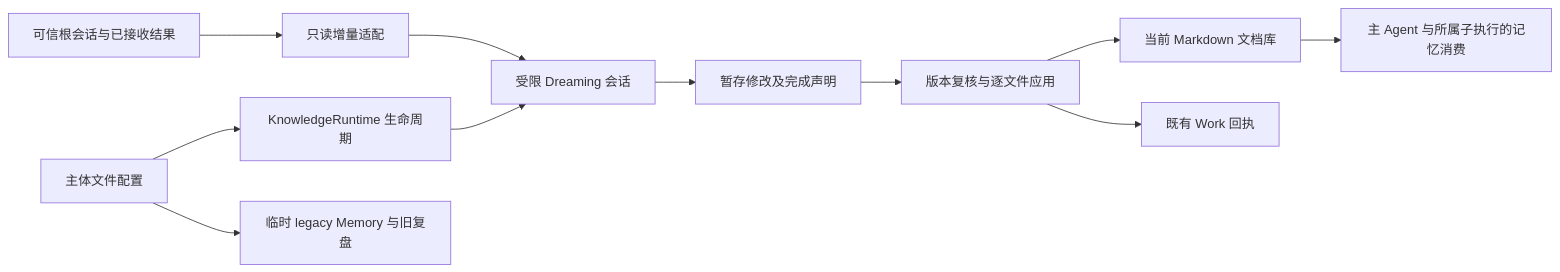
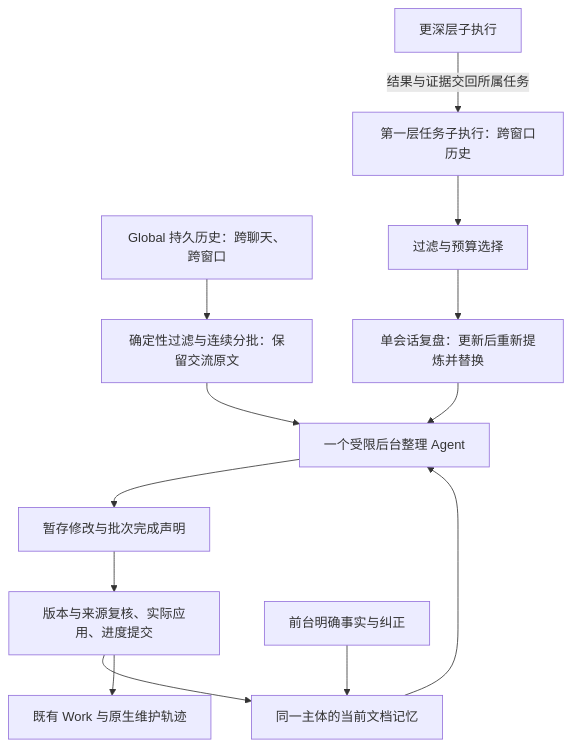
Before and after one commit to Mrchen116/nano-multiagent: the diagram in docs/changes/feat-676-role-memory-dreaming/design.md, drawn with Mermaid. The commit also changed other lines of this file and 17 other files, not shown here.

Commit message:
docs(feat-676): align dreaming with Global dialogue and task summaries

````diff
--- a/docs/changes/feat-676-role-memory-dreaming/design.md
+++ b/docs/changes/feat-676-role-memory-dreaming/design.md
@@ -50,13 +52,14 @@
 ```mermaid
-flowchart LR
-  C[主体文件配置] --> O[KnowledgeRuntime 生命周期]
-  R[可信根会话与已接收结果] --> S[只读增量适配]
-  S --> D[受限 Dreaming 会话]
-  D --> P[暂存修改及完成声明]
-  P --> A[版本复核与逐文件应用]
-  A --> M[当前 Markdown 文档库]
-  M --> F[主 Agent 与所属子执行的记忆消费]
-  O --> D
-  A --> W[既有 Work 回执]
-  C --> L[临时 legacy Memory 与旧复盘]
+flowchart TD
+  G[Global 持久历史：跨聊天、跨窗口] --> F[确定性过滤与连续分批：保留交流原文]
+  A[第一层任务子执行：跨窗口历史] --> X[过滤与预算选择] --> S[单会话复盘：更新后重新提炼并替换]
+  C[更深层子执行] -->|结果与证据交回所属任务| A
+  F --> D[一个受限后台整理 Agent]
+  S --> D
+  M[同一主体的当前文档记忆] --> D
+  D --> P[暂存修改与批次完成声明]
+  P --> V[版本与来源复核、实际应用、进度提交]
+  V --> M
+  V --> W[既有 Work 与原生维护轨迹]
+  I[前台明确事实与纠正] --> M
 ```
````
